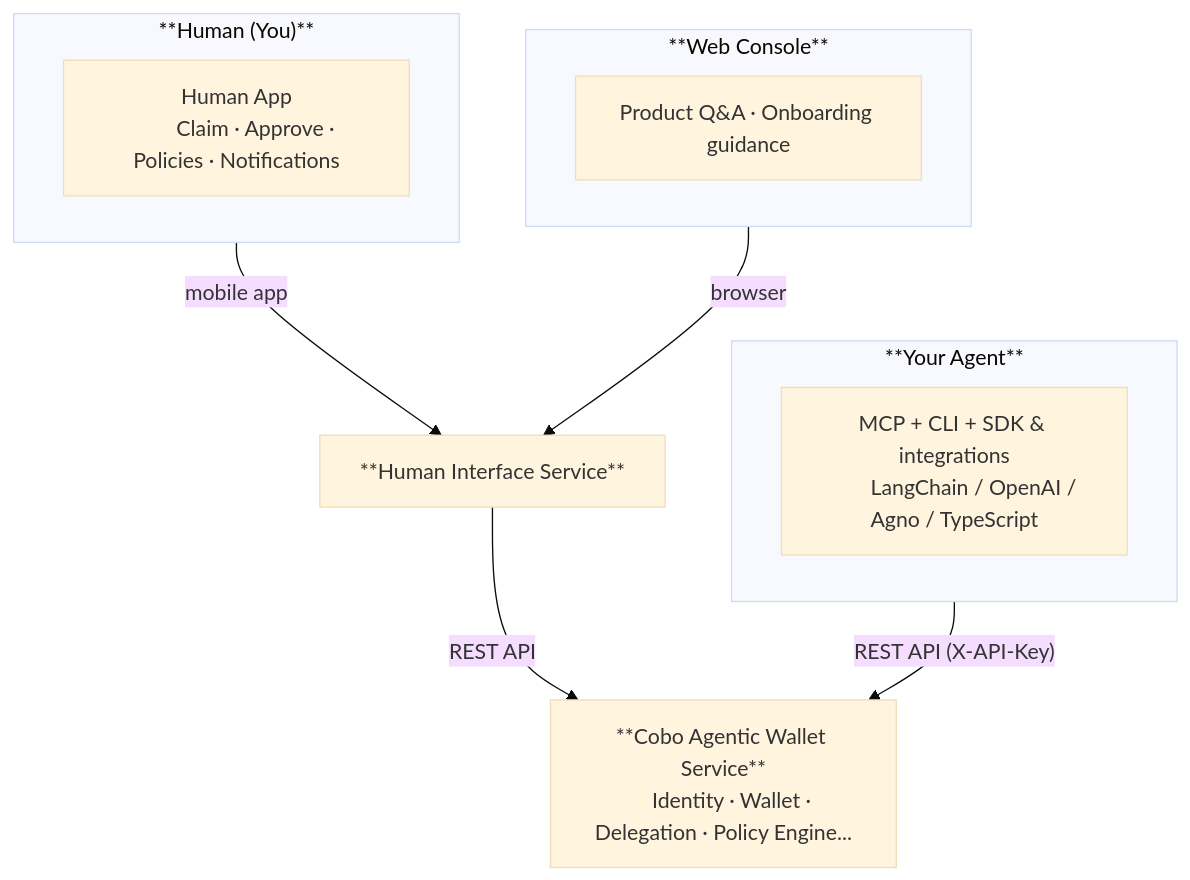
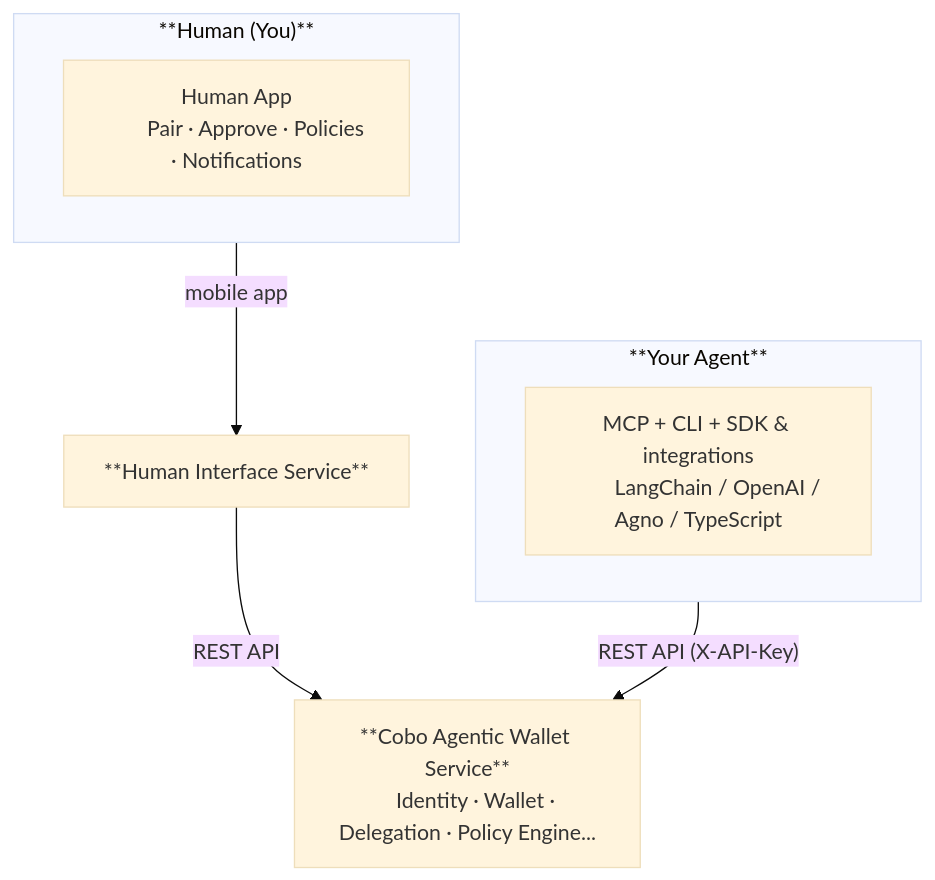
Before and after one commit to CoboGlobal/cobo-agentic-wallet-manual: the diagram in products/agentic-wallet/manual/developer/overview/technical-architecture.mdx, drawn with Mermaid (base theme). The commit also changed other lines of this file and 69 other files, not shown here.

````diff
--- a/products/agentic-wallet/manual/developer/overview/technical-architecture.mdx
+++ b/products/agentic-wallet/manual/developer/overview/technical-architecture.mdx
@@ -8,26 +8,21 @@
 ```mermaid
 flowchart TD
     subgraph AI["**Your Agent**"]
         sdk["MCP + CLI + SDK & integrations
         LangChain / OpenAI / Agno / TypeScript"]
     end
 
     subgraph Human["**Human (You)**"]
         im["Human App
-        Claim · Approve · Policies · Notifications"]
-    end
-
-    subgraph WC["**Web Console**"]
-        wc["Product Q&A · Onboarding guidance"]
+        Pair · Approve · Policies · Notifications"]
     end
 
     nl["**Human Interface Service**"]
 
     core["**Cobo Agentic Wallet Service**
     Identity · Wallet · Delegation · Policy Engine..."]
 
     AI -->|"REST API (X-API-Key)"| core
     Human -->|"mobile app"| nl
-    WC -->|"browser"| nl
     nl -->|"REST API"| core
 ```
````
